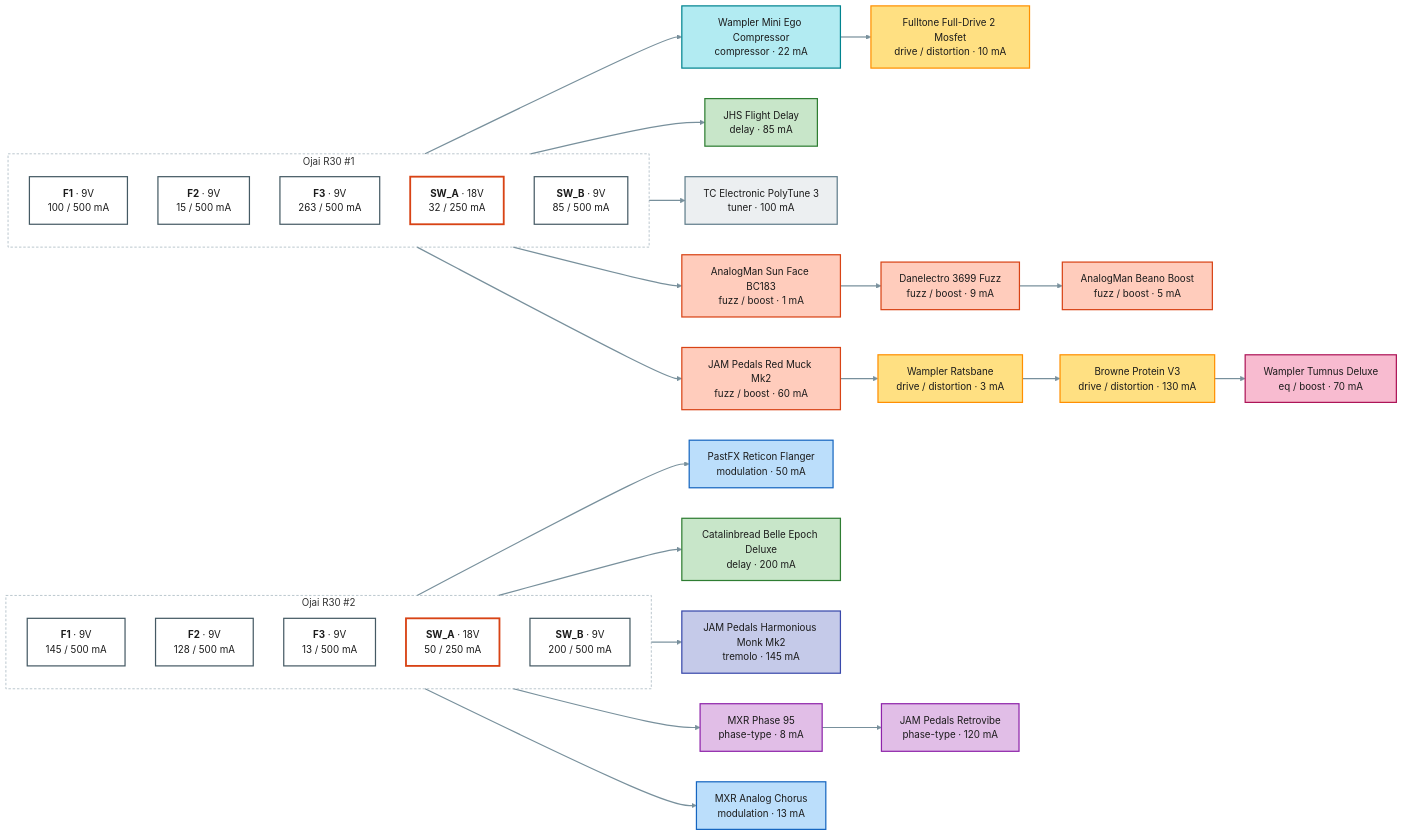
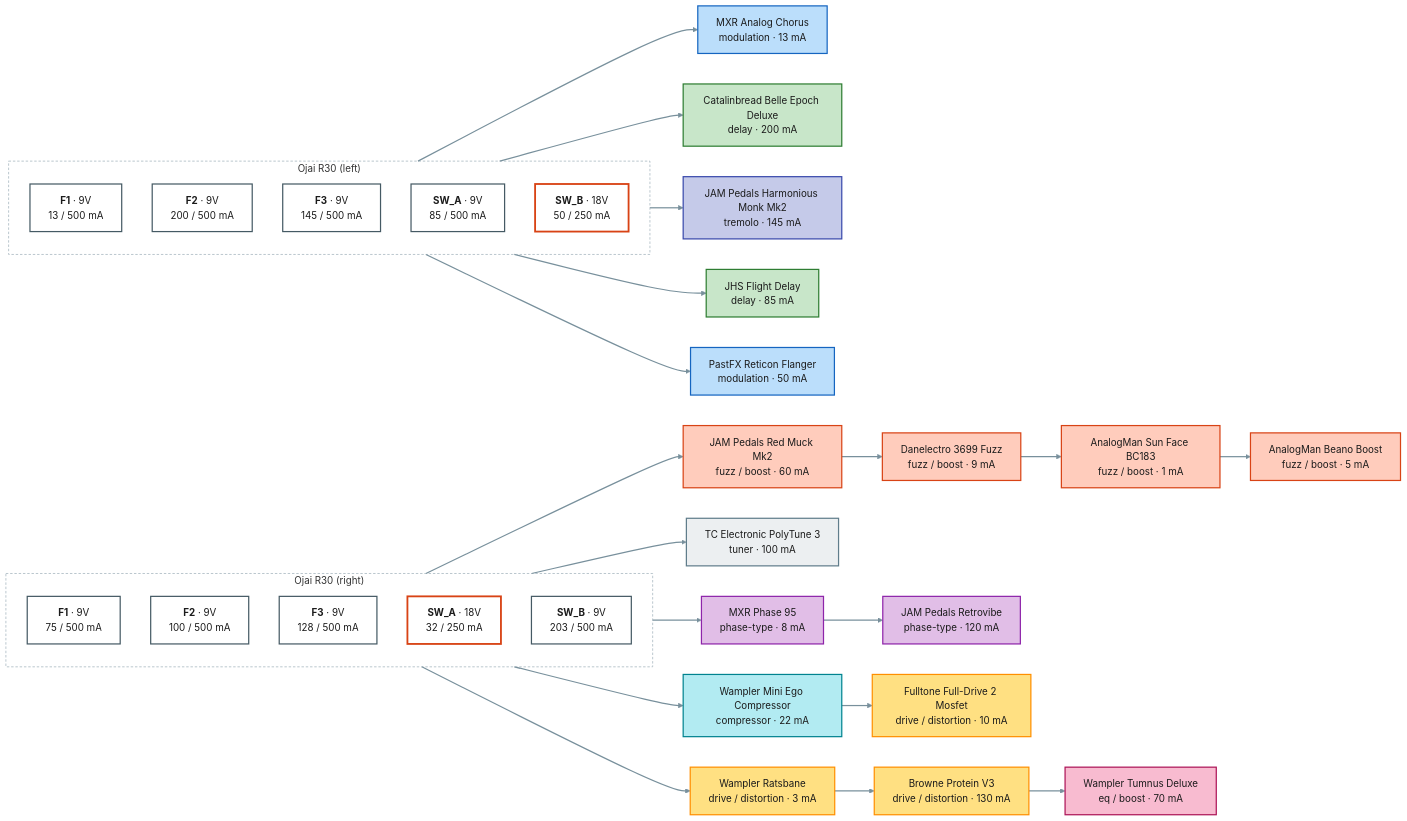
One commit to pedroacvieira/pedalboard changed the diagram in projects/guitar-gig/power.mmd. Above: the diagram before and after it, drawn with Mermaid. The commit also changed 3 other files, not shown here.

```diff
--- a/projects/guitar-gig/power.mmd
+++ b/projects/guitar-gig/power.mmd
@@ -1,66 +1,66 @@
 flowchart LR
-    subgraph psu1["Ojai R30 #1"]
+    subgraph psu1["Ojai R30 (left)"]
         direction TB
-        psu1_F1["<b>F1</b> · 9V<br/>100 / 500 mA"]:::out9
-        psu1_F2["<b>F2</b> · 9V<br/>15 / 500 mA"]:::out9
-        psu1_F3["<b>F3</b> · 9V<br/>263 / 500 mA"]:::out9
-        psu1_SW_A["<b>SW_A</b> · 18V<br/>32 / 250 mA"]:::out18
-        psu1_SW_B["<b>SW_B</b> · 9V<br/>85 / 500 mA"]:::out9
+        psu1_F1["<b>F1</b> · 9V<br/>13 / 500 mA"]:::out9
+        psu1_F2["<b>F2</b> · 9V<br/>200 / 500 mA"]:::out9
+        psu1_F3["<b>F3</b> · 9V<br/>145 / 500 mA"]:::out9
+        psu1_SW_A["<b>SW_A</b> · 9V<br/>85 / 500 mA"]:::out9
+        psu1_SW_B["<b>SW_B</b> · 18V<br/>50 / 250 mA"]:::out18
     end
-    subgraph psu2["Ojai R30 #2"]
+    subgraph psu2["Ojai R30 (right)"]
         direction TB
-        psu2_F1["<b>F1</b> · 9V<br/>145 / 500 mA"]:::out9
-        psu2_F2["<b>F2</b> · 9V<br/>128 / 500 mA"]:::out9
-        psu2_F3["<b>F3</b> · 9V<br/>13 / 500 mA"]:::out9
-        psu2_SW_A["<b>SW_A</b> · 18V<br/>50 / 250 mA"]:::out18
-        psu2_SW_B["<b>SW_B</b> · 9V<br/>200 / 500 mA"]:::out9
+        psu2_F1["<b>F1</b> · 9V<br/>75 / 500 mA"]:::out9
+        psu2_F2["<b>F2</b> · 9V<br/>100 / 500 mA"]:::out9
+        psu2_F3["<b>F3</b> · 9V<br/>128 / 500 mA"]:::out9
+        psu2_SW_A["<b>SW_A</b> · 18V<br/>32 / 250 mA"]:::out18
+        psu2_SW_B["<b>SW_B</b> · 9V<br/>203 / 500 mA"]:::out9
     end
+    analog_chorus["MXR Analog Chorus<br/>modulation · 13 mA"]:::c_modulation
+    belle_epoch["Catalinbread Belle Epoch Deluxe<br/>delay · 200 mA"]:::c_delay
+    monk["JAM Pedals Harmonious Monk Mk2<br/>tremolo · 145 mA"]:::c_tremolo
+    flight_delay["JHS Flight Delay<br/>delay · 85 mA"]:::c_delay
+    reticon["PastFX Reticon Flanger<br/>modulation · 50 mA"]:::c_modulation
+    red_muck["JAM Pedals Red Muck Mk2<br/>fuzz / boost · 60 mA"]:::c_fuzz___boost
+    danelectro_3699["Danelectro 3699 Fuzz<br/>fuzz / boost · 9 mA"]:::c_fuzz___boost
+    sun_face["AnalogMan Sun Face BC183<br/>fuzz / boost · 1 mA"]:::c_fuzz___boost
+    beano["AnalogMan Beano Boost<br/>fuzz / boost · 5 mA"]:::c_fuzz___boost
+    polytune_3["TC Electronic PolyTune 3<br/>tuner · 100 mA"]:::c_tuner
+    phase_95["MXR Phase 95<br/>phase-type · 8 mA"]:::c_phase_type
+    retrovibe["JAM Pedals Retrovibe<br/>phase-type · 120 mA"]:::c_phase_type
     mini_ego["Wampler Mini Ego Compressor<br/>compressor · 22 mA"]:::c_compressor
     fulldrive_2["Fulltone Full-Drive 2 Mosfet<br/>drive / distortion · 10 mA"]:::c_drive___distortion
-    flight_delay["JHS Flight Delay<br/>delay · 85 mA"]:::c_delay
-    polytune_3["TC Electronic PolyTune 3<br/>tuner · 100 mA"]:::c_tuner
-    sun_face["AnalogMan Sun Face BC183<br/>fuzz / boost · 1 mA"]:::c_fuzz___boost
-    danelectro_3699["Danelectro 3699 Fuzz<br/>fuzz / boost · 9 mA"]:::c_fuzz___boost
-    beano["AnalogMan Beano Boost<br/>fuzz / boost · 5 mA"]:::c_fuzz___boost
-    red_muck["JAM Pedals Red Muck Mk2<br/>fuzz / boost · 60 mA"]:::c_fuzz___boost
     ratsbane["Wampler Ratsbane<br/>drive / distortion · 3 mA"]:::c_drive___distortion
     protein["Browne Protein V3<br/>drive / distortion · 130 mA"]:::c_drive___distortion
     tumnus_deluxe["Wampler Tumnus Deluxe<br/>eq / boost · 70 mA"]:::c_eq___boost
-    reticon["PastFX Reticon Flanger<br/>modulation · 50 mA"]:::c_modulation
-    belle_epoch["Catalinbread Belle Epoch Deluxe<br/>delay · 200 mA"]:::c_delay
-    monk["JAM Pedals Harmonious Monk Mk2<br/>tremolo · 145 mA"]:::c_tremolo
-    phase_95["MXR Phase 95<br/>phase-type · 8 mA"]:::c_phase_type
-    retrovibe["JAM Pedals Retrovibe<br/>phase-type · 120 mA"]:::c_phase_type
-    analog_chorus["MXR Analog Chorus<br/>modulation · 13 mA"]:::c_modulation
-    psu1_F1 --> polytune_3
-    psu1_F2 --> sun_face
-    sun_face --> danelectro_3699
-    danelectro_3699 --> beano
-    psu1_F3 --> red_muck
-    red_muck --> ratsbane
+    psu1_F1 --> analog_chorus
+    psu1_F2 --> belle_epoch
+    psu1_F3 --> monk
+    psu1_SW_A --> flight_delay
+    psu1_SW_B --> reticon
+    psu2_F1 --> red_muck
+    red_muck --> danelectro_3699
+    danelectro_3699 --> sun_face
+    sun_face --> beano
+    psu2_F2 --> polytune_3
+    psu2_F3 --> phase_95
+    phase_95 --> retrovibe
+    psu2_SW_A --> mini_ego
+    mini_ego --> fulldrive_2
+    psu2_SW_B --> ratsbane
     ratsbane --> protein
     protein --> tumnus_deluxe
-    psu1_SW_A --> mini_ego
-    mini_ego --> fulldrive_2
-    psu1_SW_B --> flight_delay
-    psu2_F1 --> monk
-    psu2_F2 --> phase_95
-    phase_95 --> retrovibe
-    psu2_F3 --> analog_chorus
-    psu2_SW_A --> reticon
-    psu2_SW_B --> belle_epoch
     classDef out9 fill:#ffffff,stroke:#455a64,stroke-width:2px,color:#1b1b1b
     classDef out18 fill:#ffffff,stroke:#d84315,stroke-width:3px,color:#1b1b1b
     classDef spare fill:#fafafa,stroke:#9e9e9e,stroke-dasharray:4 3,color:#757575
     classDef c_tuner fill:#eceff1,stroke:#607d8b,stroke-width:2px,color:#1b1b1b
     classDef c_compressor fill:#b2ebf2,stroke:#00838f,stroke-width:2px,color:#1b1b1b
     classDef c_fuzz___boost fill:#ffccbc,stroke:#d84315,stroke-width:2px,color:#1b1b1b
     classDef c_drive___distortion fill:#ffe082,stroke:#ff8f00,stroke-width:2px,color:#1b1b1b
     classDef c_phase_type fill:#e1bee7,stroke:#8e24aa,stroke-width:2px,color:#1b1b1b
     classDef c_modulation fill:#bbdefb,stroke:#1565c0,stroke-width:2px,color:#1b1b1b
     classDef c_tremolo fill:#c5cae9,stroke:#3949ab,stroke-width:2px,color:#1b1b1b
     classDef c_delay fill:#c8e6c9,stroke:#2e7d32,stroke-width:2px,color:#1b1b1b
     classDef c_eq___boost fill:#f8bbd0,stroke:#ad1457,stroke-width:2px,color:#1b1b1b
     style psu1 fill:none,stroke:#90a4ae,stroke-dasharray:4 3
     style psu2 fill:none,stroke:#90a4ae,stroke-dasharray:4 3
     linkStyle default stroke:#78909c,stroke-width:2px
```
